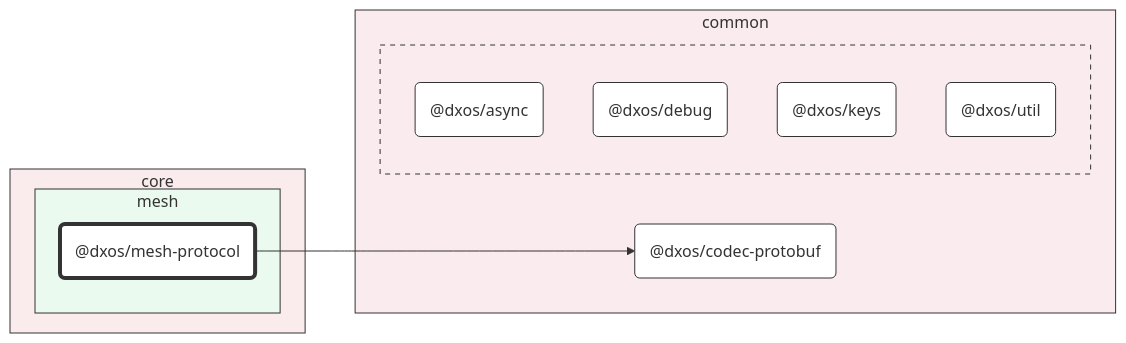
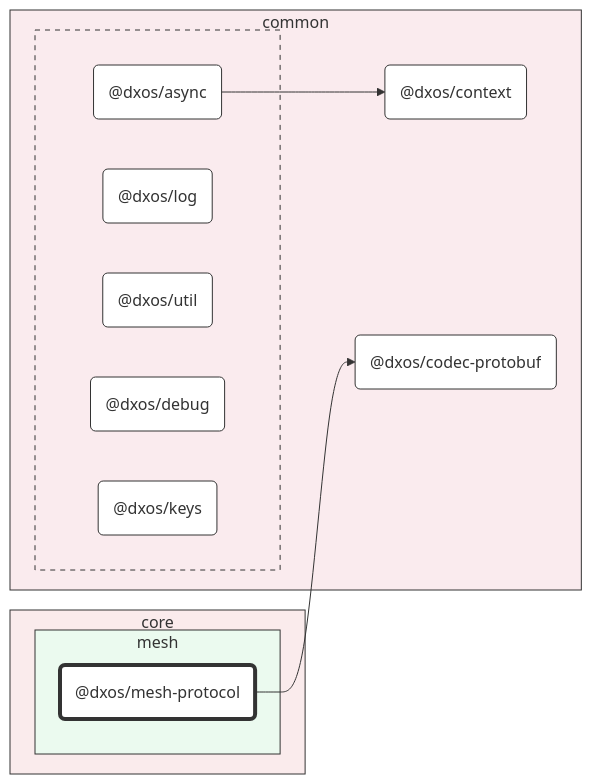
Before and after one commit to dxos/dxos: the diagram in packages/core/mesh/mesh-protocol/docs/README.md, drawn with Mermaid. The commit also changed other lines of this file and 95 other files, not shown here.

Commit message:
Class diagrams.

````diff
--- a/packages/core/mesh/mesh-protocol/docs/README.md
+++ b/packages/core/mesh/mesh-protocol/docs/README.md
@@ -7,43 +7,48 @@
 ```mermaid
 %%{ init: {'flowchart':{'curve':'basis'}} }%%
 
 flowchart LR
 
 %% Classes
 classDef def fill:#fff,stroke:#333,stroke-width:1px
 classDef root fill:#fff,stroke:#333,stroke-width:4px
 
 %% Nodes
 
 subgraph core [core]
   style core fill:#faebec,stroke:#333
 
   subgraph mesh [mesh]
     style mesh fill:#ebfaef,stroke:#333
     dxos/mesh-protocol("@dxos/mesh-protocol"):::root
     click dxos/mesh-protocol "dxos/dxos/tree/main/packages/core/mesh/mesh-protocol/docs"
   end
 end
 
 subgraph common [common]
   style common fill:#faebee,stroke:#333
+  dxos/context("@dxos/context"):::def
+  click dxos/context "dxos/dxos/tree/main/packages/common/context/docs"
   dxos/codec-protobuf("@dxos/codec-protobuf"):::def
   click dxos/codec-protobuf "dxos/dxos/tree/main/packages/common/codec-protobuf/docs"
 
   subgraph _ [ ]
     style _ fill:#faebee,stroke:#333,stroke-dasharray:5 5
     dxos/async("@dxos/async"):::def
     click dxos/async "dxos/dxos/tree/main/packages/common/async/docs"
+    dxos/log("@dxos/log"):::def
+    click dxos/log "dxos/dxos/tree/main/packages/common/log/docs"
+    dxos/util("@dxos/util"):::def
+    click dxos/util "dxos/dxos/tree/main/packages/common/util/docs"
     dxos/debug("@dxos/debug"):::def
     click dxos/debug "dxos/dxos/tree/main/packages/common/debug/docs"
     dxos/keys("@dxos/keys"):::def
     click dxos/keys "dxos/dxos/tree/main/packages/common/keys/docs"
-    dxos/util("@dxos/util"):::def
-    click dxos/util "dxos/dxos/tree/main/packages/common/util/docs"
   end
 end
 
 %% Links
 linkStyle default stroke:#333,stroke-width:1px
+dxos/async --> dxos/context
 dxos/mesh-protocol --> dxos/codec-protobuf
 ```
````
